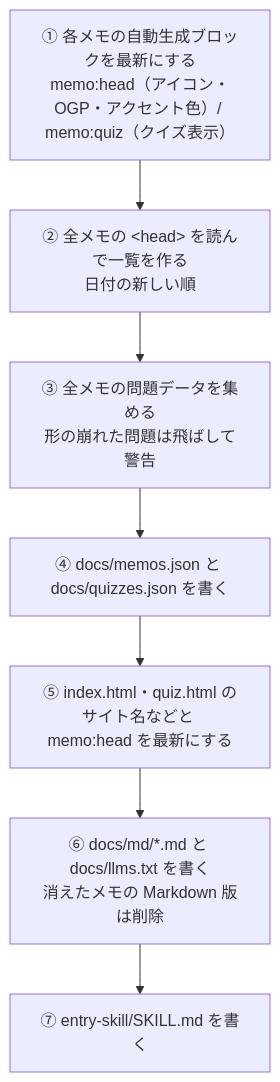
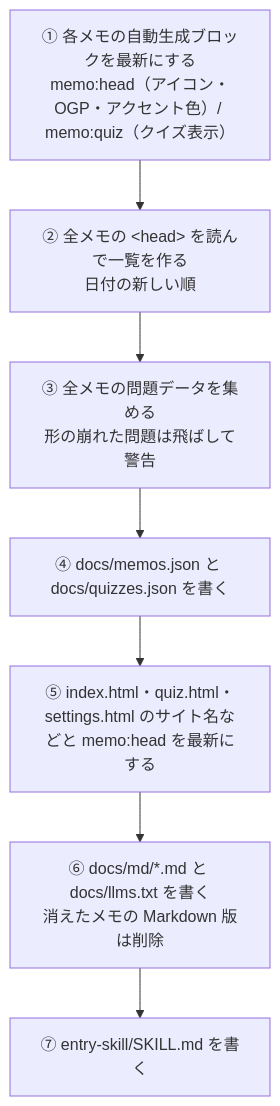
One commit to taka1156/memo-kit changed the fourth of 9 diagrams in memo-detail.md. Above: the diagram before and after it, drawn with Mermaid. The commit also changed other lines of this file and 12 other files, not shown here.

````diff
--- a/memo-detail.md
+++ b/memo-detail.md
@@ -239,11 +243,11 @@
 ```mermaid
 flowchart TB
   s1["① 各メモの自動生成ブロックを最新にする<br/>memo:head（アイコン・OGP・アクセント色）/ memo:quiz（クイズ表示）"]
   s2["② 全メモの &lt;head&gt; を読んで一覧を作る<br/>日付の新しい順"]
   s3["③ 全メモの問題データを集める<br/>形の崩れた問題は飛ばして警告"]
   s4["④ docs/memos.json と docs/quizzes.json を書く"]
-  s5["⑤ index.html・quiz.html のサイト名などと memo:head を最新にする"]
+  s5["⑤ index.html・quiz.html・settings.html のサイト名などと memo:head を最新にする"]
   s6["⑥ docs/md/*.md と docs/llms.txt を書く<br/>消えたメモの Markdown 版は削除"]
   s7["⑦ entry-skill/SKILL.md を書く"]
   s1 --> s2 --> s3 --> s4 --> s5 --> s6 --> s7
 ```
````
